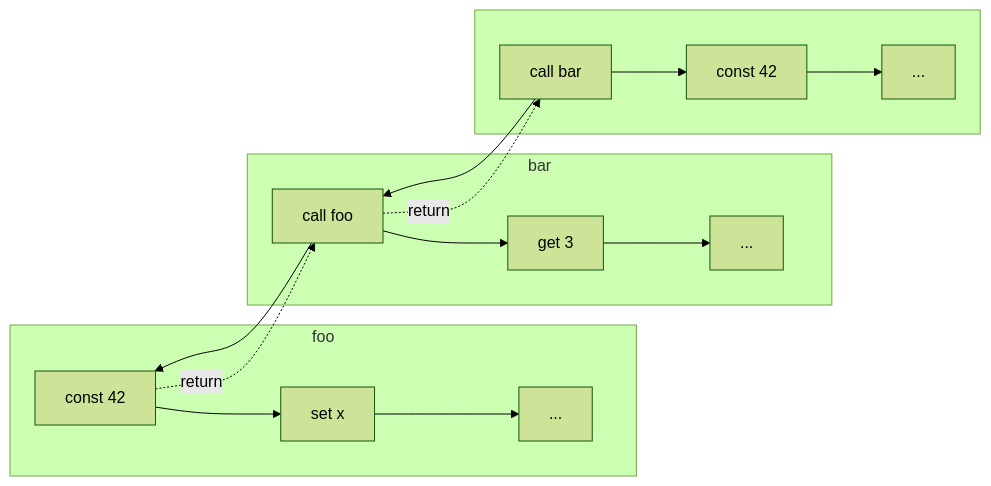
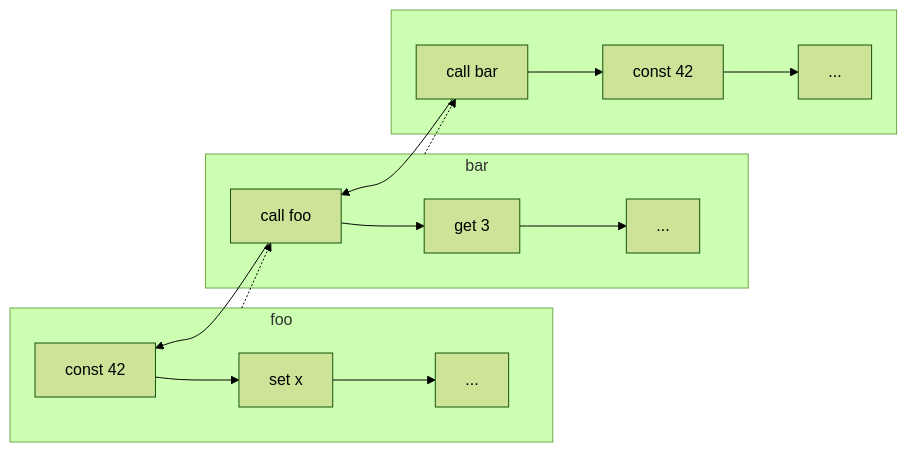
Before and after one commit to raviqqe/doc: the diagram in slides/stak/unicode/backtrace.mmd, drawn with Mermaid (forest theme).

```diff
--- a/slides/stak/unicode/backtrace.mmd
+++ b/slides/stak/unicode/backtrace.mmd
@@ -1,16 +1,18 @@
 flowchart LR
   subgraph s0[foo]
     a0[const 42] --> a1[set x] --> a2[...]
   end
 
   subgraph s1[bar]
     b0[call foo] --> b1[get 3] --> b2[...]
     b0 --> a0
-    a0 -.->|return| b0
   end
+
+  s0 -.-> b0
 
   subgraph s2[ ]
     c0[call bar] --> c1[const 42] --> c2[...]
     c0 --> b0
-    b0 -.->|return| c0
   end
+
+  s1 -.-> c0
```
